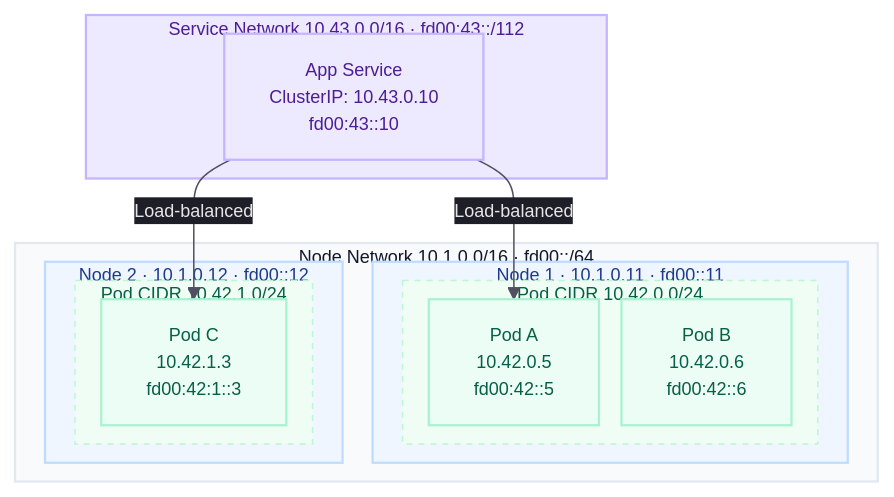
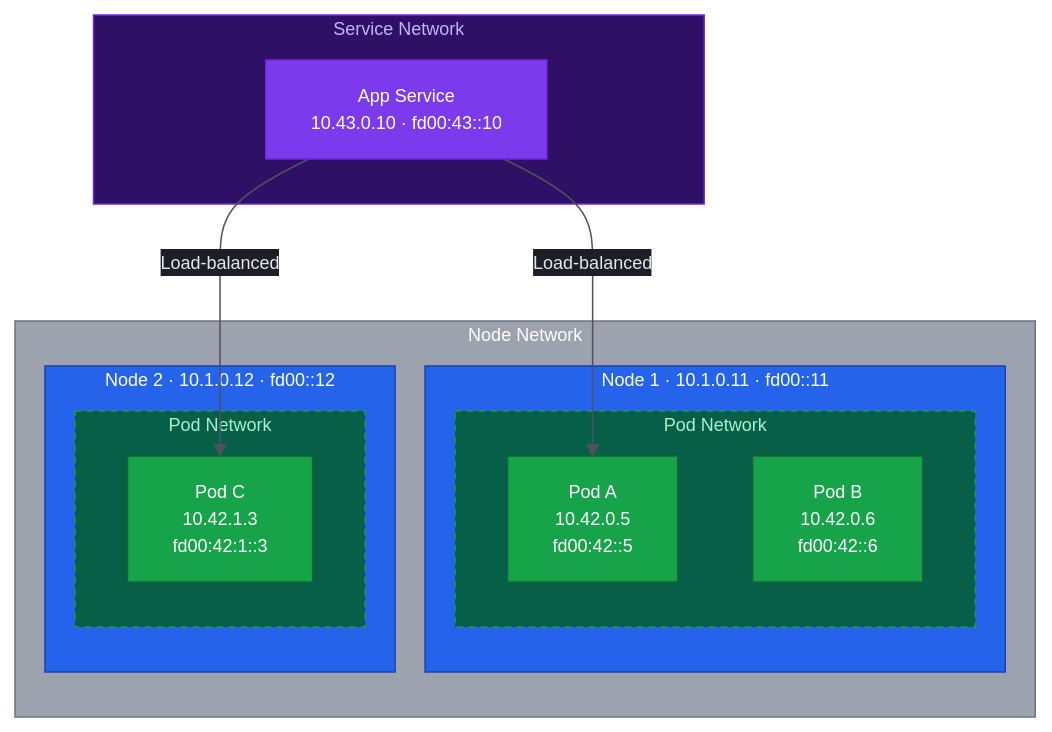
The first of 2 diagrams in guides/migrating-k3s-to-rke2/lesson-3.md (philprime/philprime.dev), drawn with Mermaid before and after one commit. The commit also changed other lines of this file and 1 other file, not shown here.

````diff
--- a/guides/migrating-k3s-to-rke2/lesson-3.md
+++ b/guides/migrating-k3s-to-rke2/lesson-3.md
@@ -49,52 +50,41 @@
 ```mermaid!
-%%{init: {"theme": "base", "flowchart": {"nodeSpacing": 15, "rankSpacing": 25}, "themeVariables": {"fontSize": "12px", "background": "#181818", "textColor": "#c8c8d0", "lineColor": "#505060", "primaryColor": "#2a2a3a", "primaryTextColor": "#e6e6e6", "primaryBorderColor": "#404050", "clusterBkg": "#1e1e28", "clusterBorder": "#3a3a4a", "edgeLabelBackground": "#1e1e28", "titleColor": "#c8c8d0"}}}%%
+%%{init: {"theme": "base", "flowchart": {"nodeSpacing": 50, "rankSpacing": 60, "diagramPadding": 30}, "themeVariables": {"fontSize": "12px", "background": "#181818", "textColor": "#c8c8d0", "lineColor": "#505060", "primaryColor": "#2a2a3a", "primaryTextColor": "#e6e6e6", "primaryBorderColor": "#404050", "clusterBkg": "#1e1e28", "clusterBorder": "#3a3a4a", "edgeLabelBackground": "#1e1e28", "titleColor": "#c8c8d0"}}}%%
 flowchart TB
-    %% =========================
-    %% Service Network Layer
-    %% =========================
-    subgraph SVC["Service Network 10.43.0.0/16 · fd00:43::/112"]
-        S1["App Service<br/>ClusterIP: 10.43.0.10<br/>fd00:43::10"]
+classDef svcnet fill:#2e1065,color:#c4b5fd,stroke:#6d28d9
+classDef service fill:#7c3aed,color:#ffffff,stroke:#6d28d9
+classDef node fill:#2563eb,color:#ffffff,stroke:#1e40af
+classDef pod fill:#16a34a,color:#ffffff,stroke:#166534
+classDef podnet fill:#065f46,color:#a7f3d0,stroke:#16a34a,stroke-dasharray: 4 4
+classDef network fill:#9ca3af,color:#ffffff,stroke:#6b7280
+
+subgraph SVC["Service Network"]
+    S1["App Service<br/>10.43.0.10 · fd00:43::10"]
+end
+
+subgraph NODE["Node Network"]
+
+    subgraph N1["Node 1 · 10.1.0.11 · fd00::11"]
+        subgraph POD1["Pod Network"]
+            P1["Pod A<br/>10.42.0.5<br/>fd00:42::5"]
+            P2["Pod B<br/>10.42.0.6<br/>fd00:42::6"]
+        end
     end
 
-    %% =========================
-    %% Node Network Layer
-    %% =========================
-    subgraph NODE["Node Network 10.1.0.0/16 · fd00::/64"]
-
-        subgraph N1["Node 1 · 10.1.0.11 · fd00::11"]
-            subgraph POD1["Pod CIDR 10.42.0.0/24"]
-                P1["Pod A<br/>10.42.0.5<br/>fd00:42::5"]
-                P2["Pod B<br/>10.42.0.6<br/>fd00:42::6"]
-            end
+    subgraph N2["Node 2 · 10.1.0.12 · fd00::12"]
+        subgraph POD2["Pod Network"]
+            P3["Pod C<br/>10.42.1.3<br/>fd00:42:1::3"]
         end
-
-        subgraph N2["Node 2 · 10.1.0.12 · fd00::12"]
-            subgraph POD2["Pod CIDR 10.42.1.0/24"]
-                P3["Pod C<br/>10.42.1.3<br/>fd00:42:1::3"]
-            end
-        end
-
     end
 
-    %% =========================
-    %% Traffic Flow
-    %% =========================
-    S1 -->|Load-balanced| P1
-    S1 -->|Load-balanced| P3
+end
 
-    %% =========================
-    %% Styling (softer, modern palette)
-    %% =========================
-    classDef service fill:#ede9fe,color:#4c1d95,stroke:#c4b5fd,stroke-width:1.5px
-    classDef node fill:#eff6ff,color:#1e3a8a,stroke:#bfdbfe,stroke-width:1.5px
-    classDef pod fill:#ecfdf5,color:#065f46,stroke:#a7f3d0,stroke-width:1.5px
-    classDef podnet fill:#f0fdf4,color:#065f46,stroke:#bbf7d0,stroke-dasharray: 4 4
-    classDef network fill:#f8fafc,color:#0f172a,stroke:#e2e8f0,stroke-width:1.5px
+S1 -->|Load-balanced| P1
+S1 -->|Load-balanced| P3
 
-    class SVC service
-    class S1 service
-    class NODE network
-    class N1,N2 node
-    class P1,P2,P3 pod
-    class POD1,POD2 podnet
+class SVC svcnet
+class S1 service
+class NODE network
+class N1,N2 node
+class P1,P2,P3 pod
+class POD1,POD2 podnet
 ```
````
